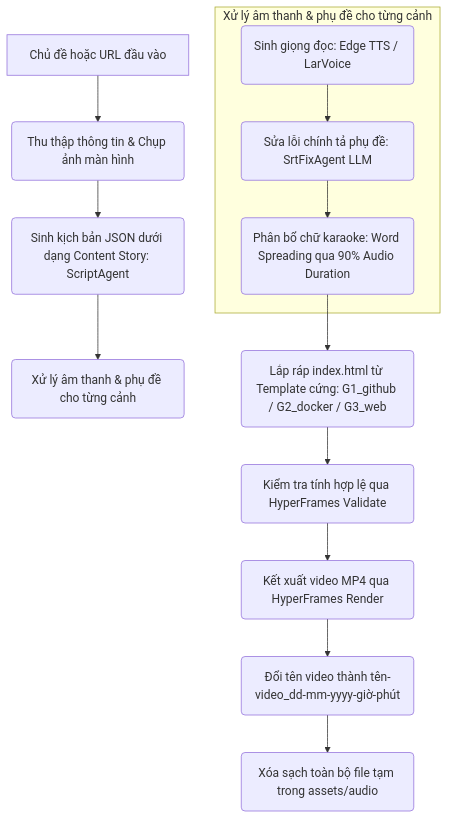
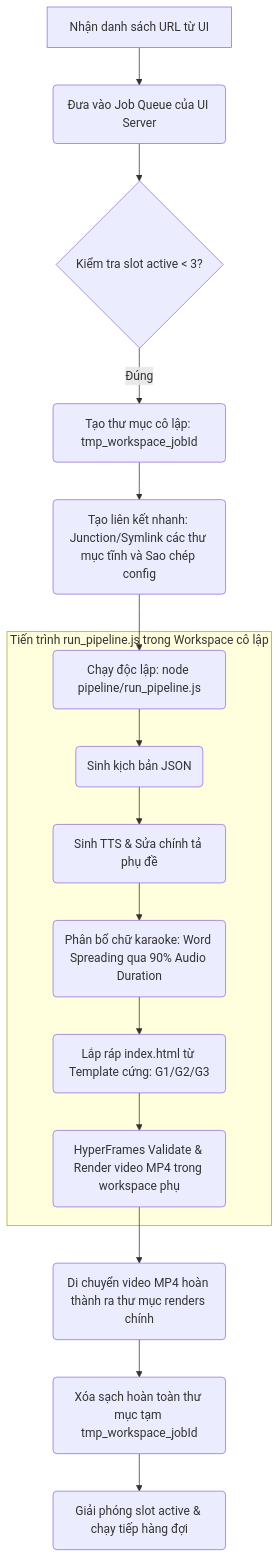
Before and after one commit to vietcuong2004/VNP_HyperFrames: the diagram in ThuatToan.md, drawn with Mermaid. The commit also changed other lines of this file and 3 other files, not shown here.

Commit message:
chạy song song nhiều video 1 lúc

````diff
--- a/ThuatToan.md
+++ b/ThuatToan.md
@@ -11,17 +11,20 @@
 ```mermaid
 graph TD
-    A[Chủ đề hoặc URL đầu vào] --> B(Thu thập thông tin & Chụp ảnh màn hình)
-    B --> C(Sinh kịch bản JSON dưới dạng Content Story: ScriptAgent)
-    C --> D(Xử lý âm thanh & phụ đề cho từng cảnh)
+    A[Nhận danh sách URL từ UI] --> B(Đưa vào Job Queue của UI Server)
+    B --> C{Kiểm tra slot active < 3?}
+    C -- Đúng --> D(Tạo thư mục cô lập: tmp_workspace_jobId)
+    D --> E(Tạo liên kết nhanh: Junction/Symlink các thư mục tĩnh và Sao chép config)
+    E --> F(Chạy độc lập: node pipeline/run_pipeline.js)
     
-    subgraph Xử lý âm thanh & phụ đề cho từng cảnh
-        D1(Sinh giọng đọc: Edge TTS / LarVoice) --> D2(Sửa lỗi chính tả phụ đề: SrtFixAgent LLM)
-        D2 --> D3(Phân bổ chữ karaoke: Word Spreading qua 90% Audio Duration)
+    subgraph Tiến trình run_pipeline.js trong Workspace cô lập
+        F --> F1(Sinh kịch bản JSON)
+        F1 --> F2(Sinh TTS & Sửa chính tả phụ đề)
+        F2 --> F3(Phân bổ chữ karaoke: Word Spreading qua 90% Audio Duration)
+        F3 --> F4(Lắp ráp index.html từ Template cứng: G1/G2/G3)
+        F4 --> F5(HyperFrames Validate & Render video MP4 trong workspace phụ)
     end
     
-    D3 --> E(Lắp ráp index.html từ Template cứng: G1_github / G2_docker / G3_web)
-    E --> F(Kiểm tra tính hợp lệ qua HyperFrames Validate)
-    F --> G(Kết xuất video MP4 qua HyperFrames Render)
-    G --> H(Đổi tên video thành tên-video_dd-mm-yyyy-giờ-phút)
-    H --> I(Xóa sạch toàn bộ file tạm trong assets/audio)
+    F5 --> G(Di chuyển video MP4 hoàn thành ra thư mục renders chính)
+    G --> H(Xóa sạch hoàn toàn thư mục tạm tmp_workspace_jobId)
+    H --> I(Giải phóng slot active & chạy tiếp hàng đợi)
 ```
````
